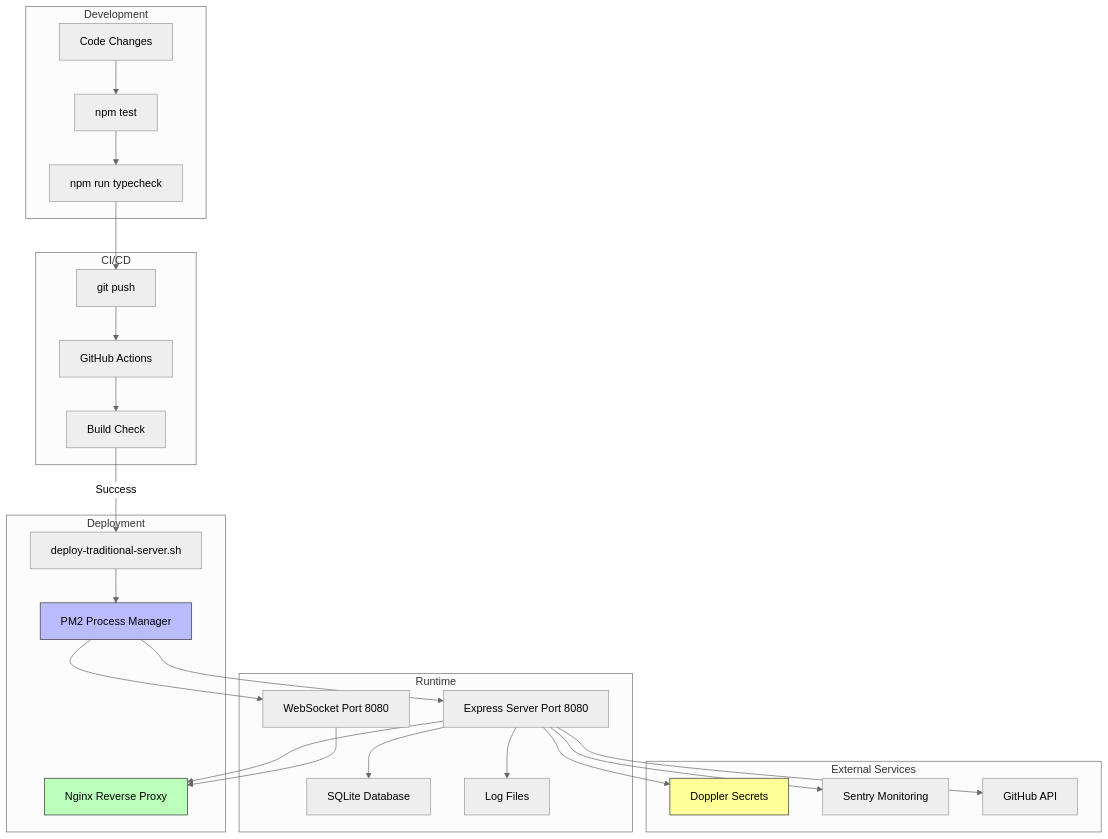
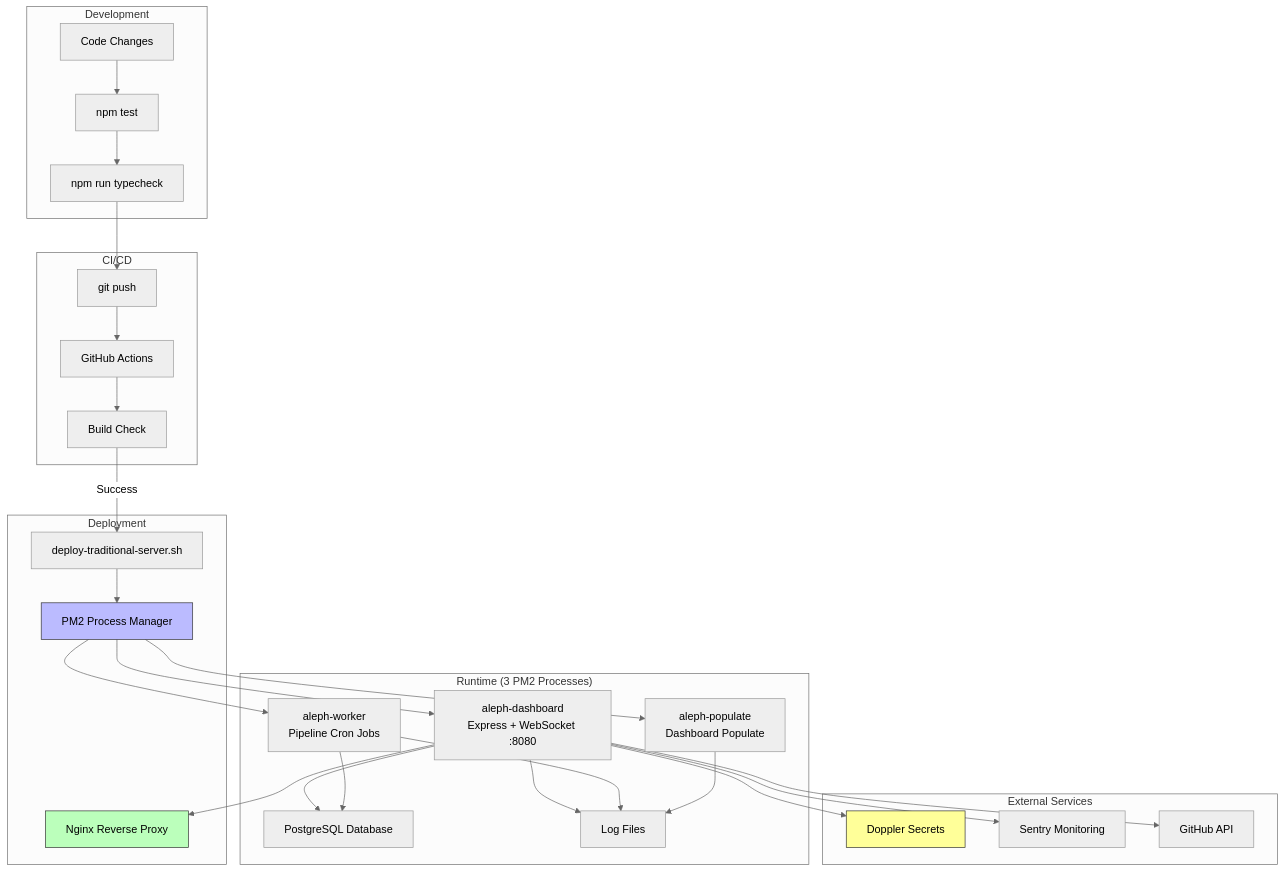
Diagram 14 of 14 in docs/architecture/SYSTEM-DATA-FLOW.md (integritystudio/AlephAuto), drawn with Mermaid (neutral theme) before and after one commit. The commit also changed other lines of this file and 22 other files, not shown here.

First line of the commit message:
chore: update docs for PostgreSQL migration and reorganize scripts

````diff
--- a/docs/architecture/SYSTEM-DATA-FLOW.md
+++ b/docs/architecture/SYSTEM-DATA-FLOW.md
@@ -885,50 +882,52 @@
 ```mermaid
 flowchart TB
     subgraph Development["Development"]
         Code[Code Changes]
         Test[npm test]
         TypeCheck[npm run typecheck]
     end
 
     subgraph CI["CI/CD"]
         Push[git push]
         Actions[GitHub Actions]
         Build[Build Check]
     end
 
     subgraph Deploy["Deployment"]
         Script[deploy-traditional-server.sh]
         PM2[PM2 Process Manager]
         Nginx[Nginx Reverse Proxy]
     end
 
-    subgraph Runtime["Runtime"]
-        Express["Express Server Port 8080"]
-        WebSocket["WebSocket Port 8080"]
-        SQLite[SQLite Database]
+    subgraph Runtime["Runtime (3 PM2 Processes)"]
+        Express["aleph-dashboard<br/>Express + WebSocket :8080"]
+        Worker["aleph-worker<br/>Pipeline Cron Jobs"]
+        Populate["aleph-populate<br/>Dashboard Populate"]
+        PG[PostgreSQL Database]
         Logs[Log Files]
     end
 
     subgraph External["External Services"]
         Doppler[Doppler Secrets]
         Sentry[Sentry Monitoring]
         GitHub[GitHub API]
     end
 
     Code --> Test --> TypeCheck --> Push
     Push --> Actions --> Build
 
     Build -->|Success| Script
     Script --> PM2
 
-    PM2 --> Express & WebSocket
+    PM2 --> Express & Worker & Populate
     Express --> Nginx
-    WebSocket --> Nginx
 
-    Express --> SQLite & Logs
+    Express --> PG & Logs
+    Worker --> PG & Logs
+    Populate --> Logs
     Express --> Doppler & Sentry & GitHub
 
     style PM2 fill:#bbf,stroke:#333
     style Nginx fill:#bfb,stroke:#333
     style Doppler fill:#ff9,stroke:#333
 ```
````
